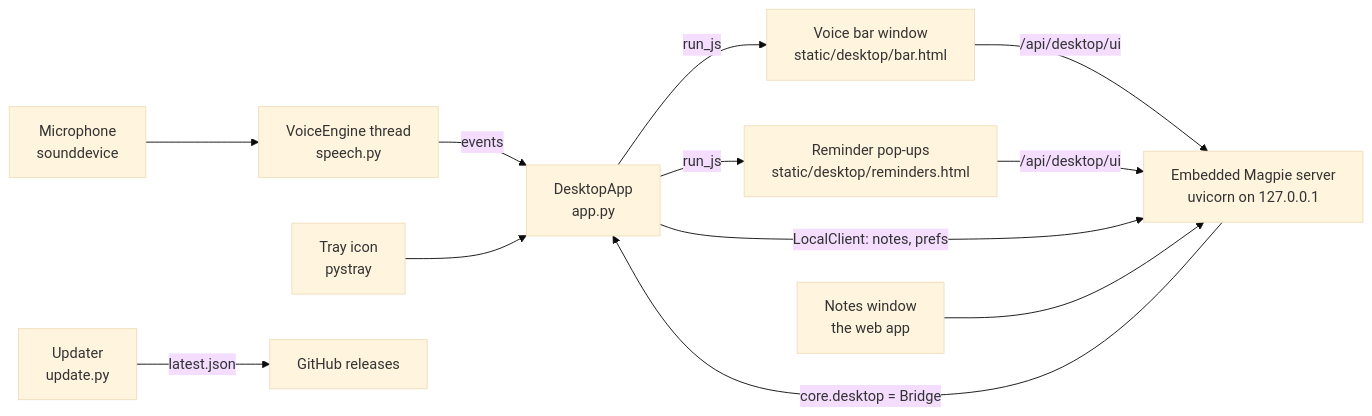
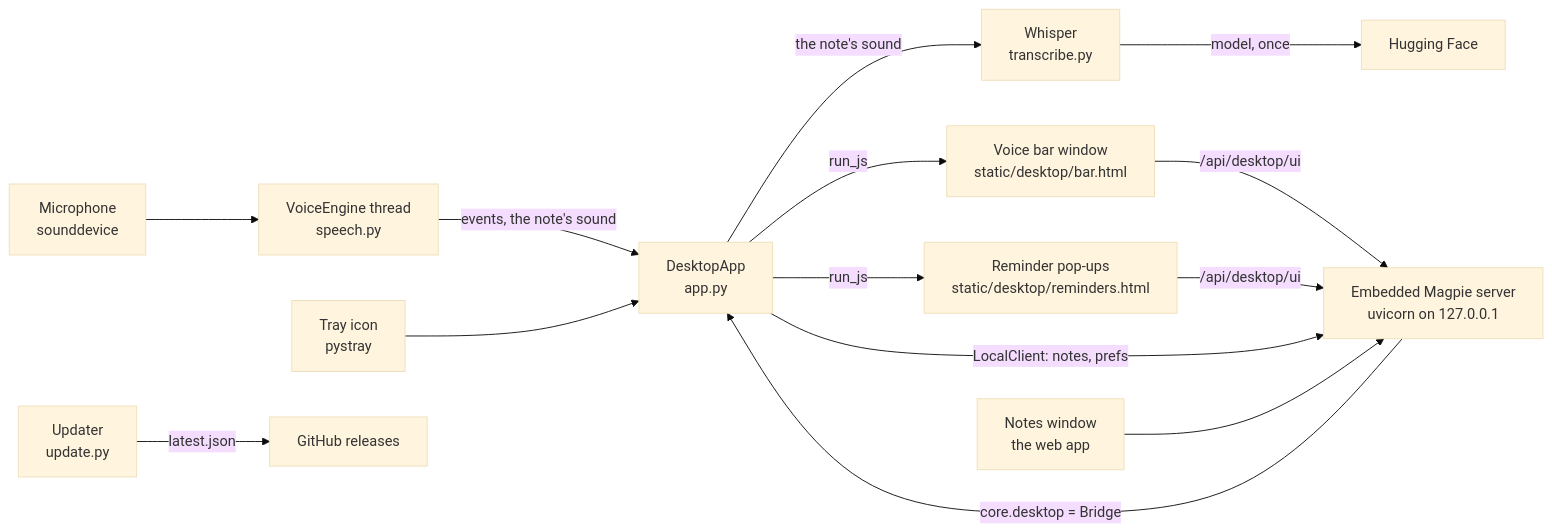
Before and after one commit to Coder-ux-coder/magpie: the second of 4 diagrams in docs/architecture.md, drawn with Mermaid (base theme). The commit also changed other lines of this file and 29 other files, not shown here.

````diff
--- a/docs/architecture.md
+++ b/docs/architecture.md
@@ -53,14 +53,16 @@
 ```mermaid
 flowchart LR
     MIC[Microphone<br/>sounddevice] --> VE[VoiceEngine thread<br/>speech.py]
-    VE -->|events| APP[DesktopApp<br/>app.py]
+    VE -->|events, the note's sound| APP[DesktopApp<br/>app.py]
+    APP -->|the note's sound| WH[Whisper<br/>transcribe.py]
+    WH -->|model, once| HF[Hugging Face]
     APP -->|run_js| BAR[Voice bar window<br/>static/desktop/bar.html]
     APP -->|run_js| POP[Reminder pop-ups<br/>static/desktop/reminders.html]
     BAR -->|/api/desktop/ui| SRV
     POP -->|/api/desktop/ui| SRV
     APP -->|LocalClient: notes, prefs| SRV[Embedded Magpie server<br/>uvicorn on 127.0.0.1]
     SRV -->|core.desktop = Bridge| APP
     TRAY[Tray icon<br/>pystray] --> APP
     MAIN[Notes window<br/>the web app] --> SRV
     UPD[Updater<br/>update.py] -->|latest.json| GH[GitHub releases]
 ```
````
